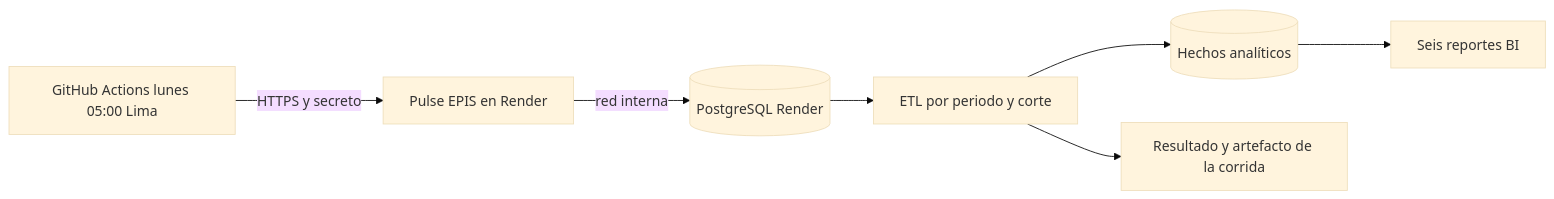
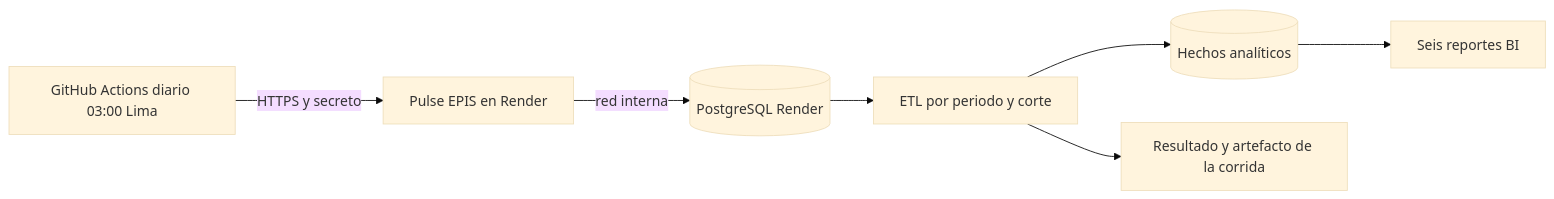
The diagram in docs/proyecto/29-Cierre-segunda-unidad.md (Kiara1616/pulse-epis), drawn with Mermaid (base theme) before and after one commit. The commit also changed other lines of this file and 2 other files, not shown here.

Commit message:
chore: run Render ETL daily at 03:00 Lima

````diff
--- a/docs/proyecto/29-Cierre-segunda-unidad.md
+++ b/docs/proyecto/29-Cierre-segunda-unidad.md
@@ -11,9 +11,9 @@
 ```mermaid
 flowchart LR
-    G[GitHub Actions lunes 05:00 Lima] -->|HTTPS y secreto| R[Pulse EPIS en Render]
+    G[GitHub Actions diario 03:00 Lima] -->|HTTPS y secreto| R[Pulse EPIS en Render]
     R -->|red interna| P[(PostgreSQL Render)]
     P --> E[ETL por periodo y corte]
     E --> F[(Hechos analíticos)]
     F --> D[Seis reportes BI]
     E --> A[Resultado y artefacto de la corrida]
 ```
````
